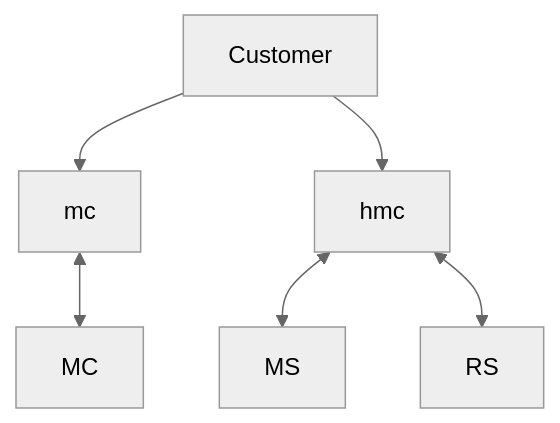
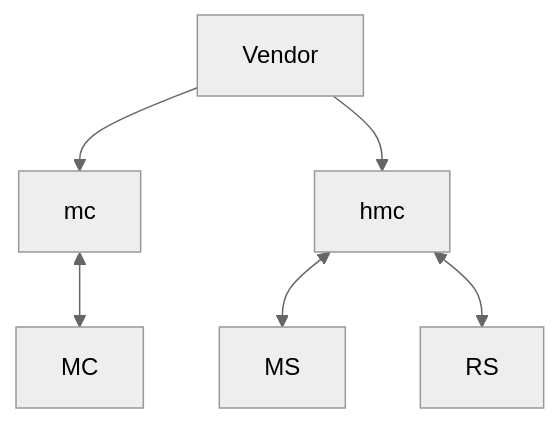
Before and after one commit to horus-view-and-explore/mercaido: the first of 5 diagrams in README.md, drawn with Mermaid (neutral theme). The commit also changed other lines of this file, not shown here.

````diff
--- a/README.md
+++ b/README.md
@@ -23,9 +23,9 @@
 ```mermaid
 graph TD;
-    Customer-->mc;
+    Vendor-->mc;
     mc<-->MC;
 
-    Customer-->hmc;
+    Vendor-->hmc;
     hmc<-->MS;
     hmc<-->RS
 ```
````
